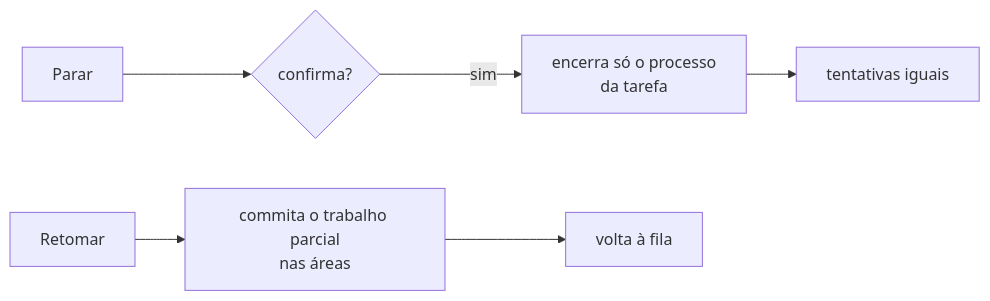
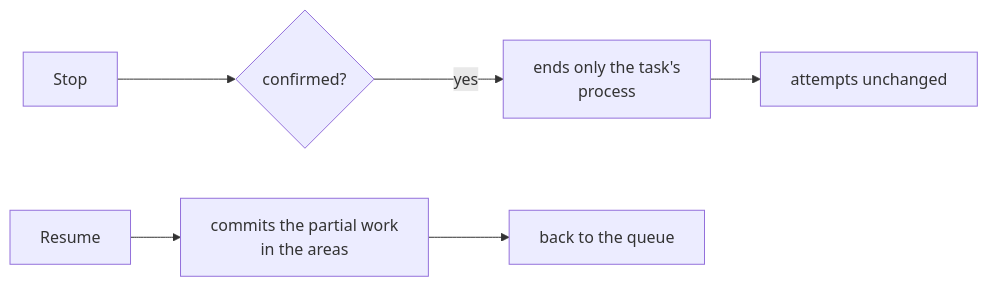
The diagram in docs/tasks/en/E7-dashboard-and-automation/FAB-703-stop-and-resume.md (enzoconsulo/factory-tcc), drawn with Mermaid before and after one commit. The commit also changed 52 other files, not shown here.

````diff
--- a/docs/tasks/en/E7-dashboard-and-automation/FAB-703-stop-and-resume.md
+++ b/docs/tasks/en/E7-dashboard-and-automation/FAB-703-stop-and-resume.md
@@ -11,8 +11,8 @@
 ```mermaid
 flowchart LR
-  S["Parar"] --> C{"confirma?"}
-  C -- "sim" --> K["encerra só o processo<br/>da tarefa"]
-  K --> N["tentativas iguais"]
-  R["Retomar"] --> W["commita o trabalho parcial<br/>nas áreas"]
-  W --> Q["volta à fila"]
+  S["Stop"] --> C{"confirmed?"}
+  C -- "yes" --> K["ends only the task's<br/>process"]
+  K --> N["attempts unchanged"]
+  R["Resume"] --> W["commits the partial work<br/>in the areas"]
+  W --> Q["back to the queue"]
 ```
````
